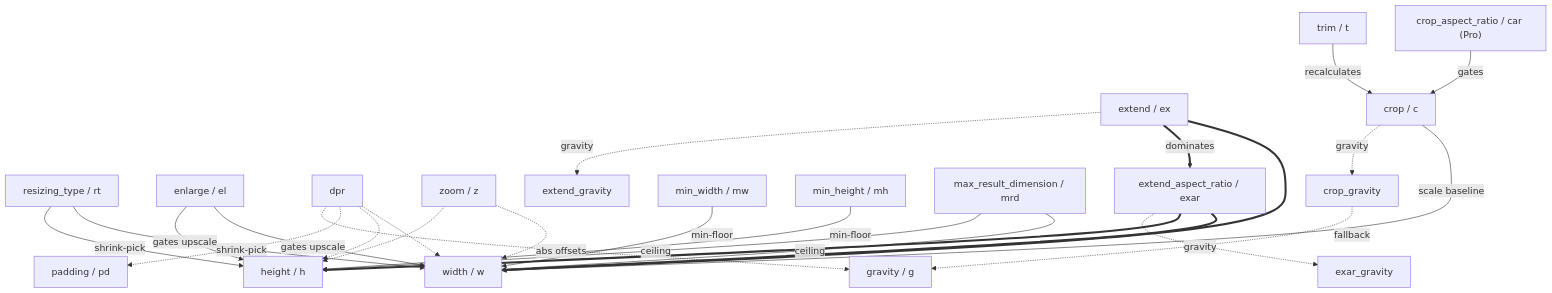
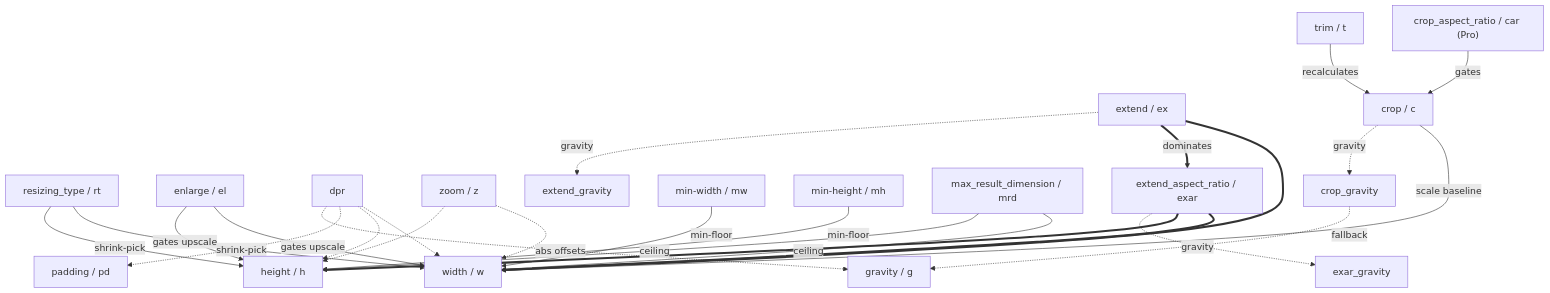
Before and after one commit to hlindset/image_pipe: the second of 2 diagrams in docs/imgproxy_processing_graph.md, drawn with Mermaid. The commit also changed other lines of this file, not shown here.

First line of the commit message:
docs(imgproxy): apply review fixes to processing-option graph

````diff
--- a/docs/imgproxy_processing_graph.md
+++ b/docs/imgproxy_processing_graph.md
@@ -109,57 +109,57 @@
 ```mermaid
 flowchart TD
     w[width / w]
     h[height / h]
     rt[resizing_type / rt]
     el[enlarge / el]
     dpr[dpr]
     zoom[zoom / z]
     ex[extend / ex]
     exar[extend_aspect_ratio / exar]
-    mw[min_width / mw]
-    mh[min_height / mh]
+    mw[min-width / mw]
+    mh[min-height / mh]
     mrd[max_result_dimension / mrd]
     crop[crop / c]
     car["crop_aspect_ratio / car (Pro)"]
     trim[trim / t]
     pad[padding / pd]
     g[gravity / g]
     cg[crop_gravity]
     eg[extend_gravity]
     eag[exar_gravity]
 
     %% requires (thick)
     exar ==> w
     exar ==> h
     ex ==> w
 
     %% dominates
     ex == dominates ==> exar
 
     %% gates (solid)
     el -- gates upscale --> w
     el -- gates upscale --> h
     rt -- shrink-pick --> w
     rt -- shrink-pick --> h
     mw -- min-floor --> w
     mh -- min-floor --> h
     mrd -- ceiling --> w
     mrd -- ceiling --> h
     crop -- scale baseline --> w
     car -- gates --> crop
     trim -- recalculates --> crop
 
     %% scales (dotted)
     dpr -.-> w
     dpr -.-> h
     dpr -.-> pad
     dpr -. abs offsets .-> g
     zoom -.-> w
     zoom -.-> h
 
     %% gravity slots (dotted)
     crop -. gravity .-> cg
     ex -. gravity .-> eg
     exar -. gravity .-> eag
     cg -. fallback .-> g
 ```
````
